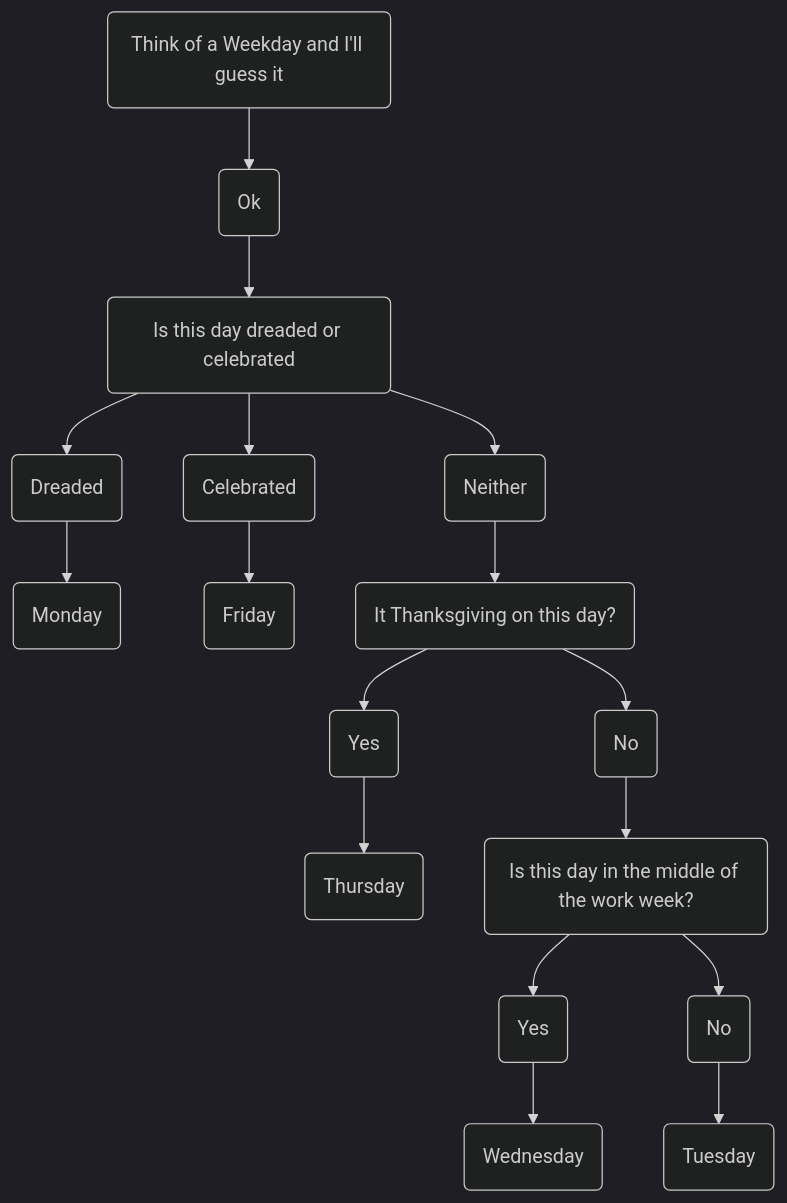
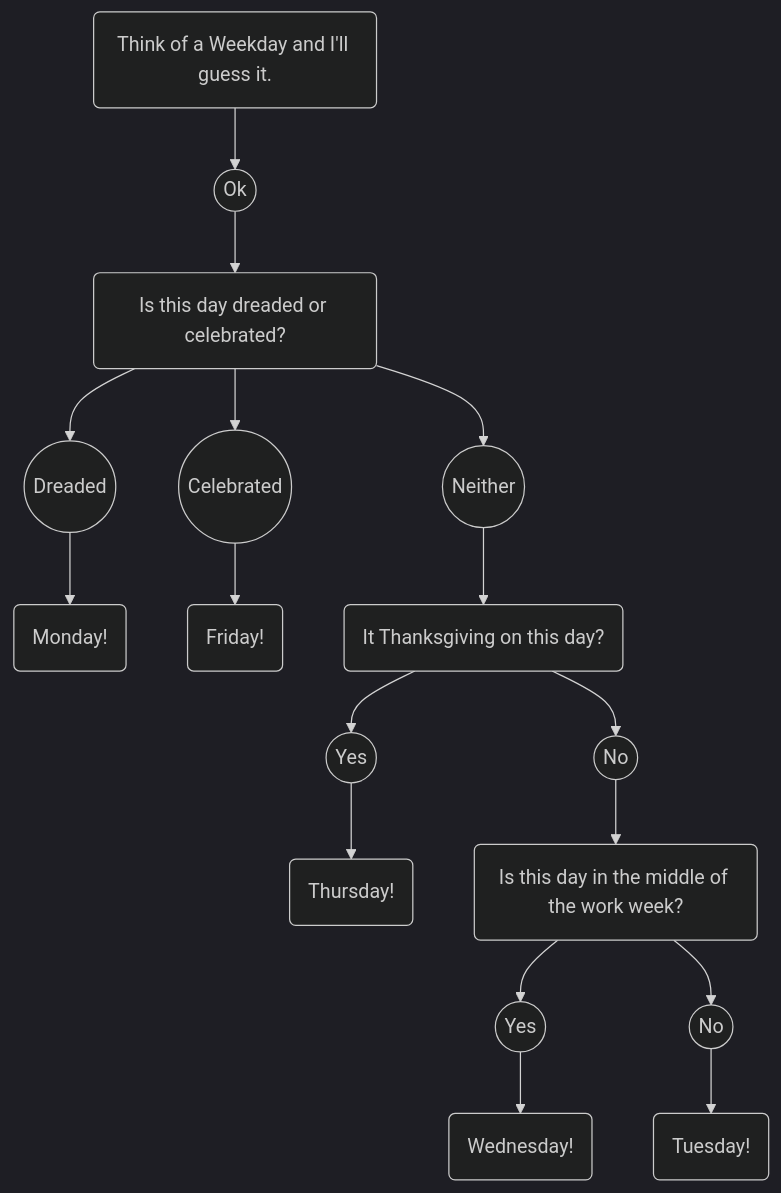
One commit to oliverwt/oliverwt.github.io changed the diagram in Guessing.md. Above: the diagram before and after it, drawn with Mermaid (dark theme).

Commit message:
Improved user experience
Added punctuation and circular boxes.

````diff
--- a/Guessing.md
+++ b/Guessing.md
@@ -1,20 +1,20 @@
 ```mermaid
 flowchart TD;
-    id1(Think of a Weekday and I'll guess it)
-    id1(Think of a Weekday and I'll guess it)-->id2(Ok)
-    id2(Ok)-->id3(Is this day dreaded or celebrated)
-    id3(Is this day dreaded or celebrated)-->id4(Dreaded)
-    id3(Is this day dreaded or celebrated)-->id5(Celebrated)
-    id3(Is this day dreaded or celebrated)-->id8(Neither)
-    id4(Dreaded)-->id6(Monday)
-    id5(Celebrated)-->id7(Friday)
-    id8(Neither)-->id9(It Thanksgiving on this day?)
-    id9(It Thanksgiving on this day?)-->id10(Yes)
-    id9(It Thanksgiving on this day?)-->id11(No)
-    id10(Yes)-->id12(Thursday)
-    id11(No)-->id13(Is this day in the middle of the work week?)
-    id13(Is this day in the middle of the work week?)-->id14(Yes)
-    id13(Is this day in the middle of the work week?)-->id15(No)
-    id14(Yes)-->id16(Wednesday)
-    id15(No)-->id17(Tuesday)
+    id1(Think of a Weekday and I'll guess it.)
+    id1(Think of a Weekday and I'll guess it.)-->id2((Ok))
+    id2((Ok))-->id3(Is this day dreaded or celebrated?)
+    id3(Is this day dreaded or celebrated?)-->id4((Dreaded))
+    id3(Is this day dreaded or celebrated?)-->id5(Celebrated)
+    id3(Is this day dreaded or celebrated?)-->id8((Neither))
+    id4((Dreaded))-->id6(Monday!)
+    id5((Celebrated))-->id7(Friday!)
+    id8((Neither))-->id9(It Thanksgiving on this day?)
+    id9(It Thanksgiving on this day?)-->id10((Yes))
+    id9(It Thanksgiving on this day?)-->id11((No))
+    id10((Yes))-->id12(Thursday!)
+    id11((No))-->id13(Is this day in the middle of the work week?)
+    id13(Is this day in the middle of the work week?)-->id14((Yes))
+    id13(Is this day in the middle of the work week?)-->id15((No))
+    id14((Yes))-->id16(Wednesday!)
+    id15((No))-->id17(Tuesday!)
 ```
````
